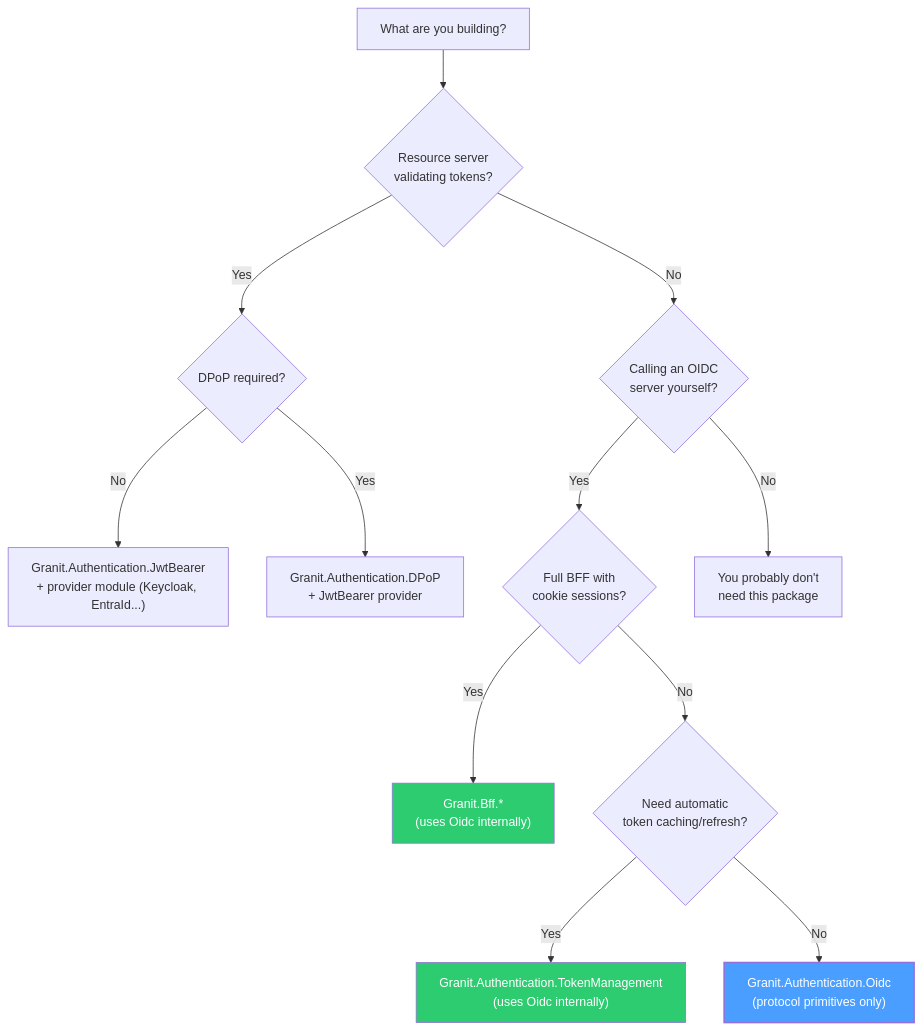
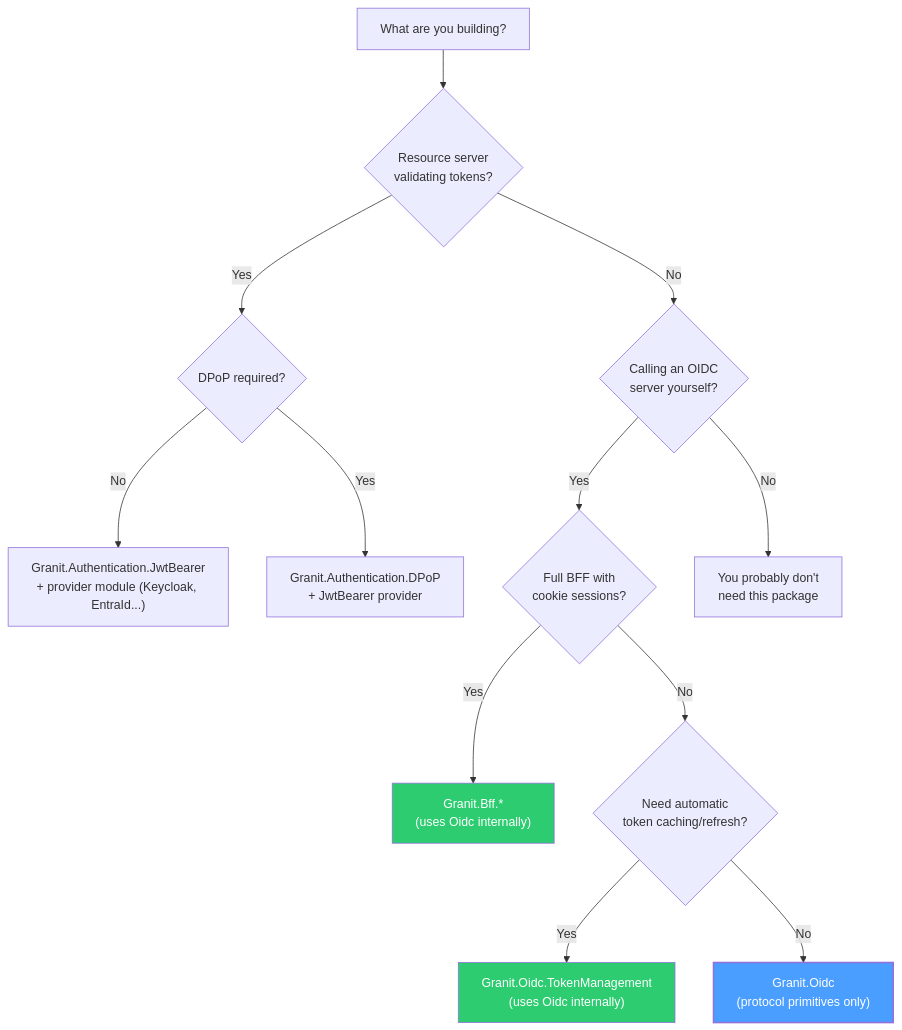
The diagram in docs-site/src/content/docs/dotnet/security/authentication-oidc.mdx (enraiz/granit-dotnet), drawn with Mermaid before and after one commit. The commit also changed other lines of this file and 2074 other files, not shown here.

````diff
--- a/docs-site/src/content/docs/dotnet/security/authentication-oidc.mdx
+++ b/docs-site/src/content/docs/dotnet/security/authentication-oidc.mdx
@@ -39,18 +39,18 @@
 ```mermaid
 flowchart TD
     A[What are you building?] --> B{Resource server<br/>validating tokens?}
     B -->|Yes| C{DPoP required?}
     C -->|No| D["Granit.Authentication.JwtBearer<br/>+ provider module (Keycloak, EntraId...)"]
     C -->|Yes| E["Granit.Authentication.DPoP<br/>+ JwtBearer provider"]
     B -->|No| F{Calling an OIDC<br/>server yourself?}
     F -->|Yes| G{Full BFF with<br/>cookie sessions?}
     G -->|Yes| H["Granit.Bff.*<br/>(uses Oidc internally)"]
     G -->|No| I{Need automatic<br/>token caching/refresh?}
-    I -->|Yes| J["Granit.Authentication.TokenManagement<br/>(uses Oidc internally)"]
-    I -->|No| K["Granit.Authentication.Oidc<br/>(protocol primitives only)"]
+    I -->|Yes| J["Granit.Oidc.TokenManagement<br/>(uses Oidc internally)"]
+    I -->|No| K["Granit.Oidc<br/>(protocol primitives only)"]
     F -->|No| L[You probably don't<br/>need this package]
 
     style K fill:#4a9eff,color:#fff,stroke-width:2px
     style H fill:#2ecc71,color:#fff
     style J fill:#2ecc71,color:#fff
 ```
````
